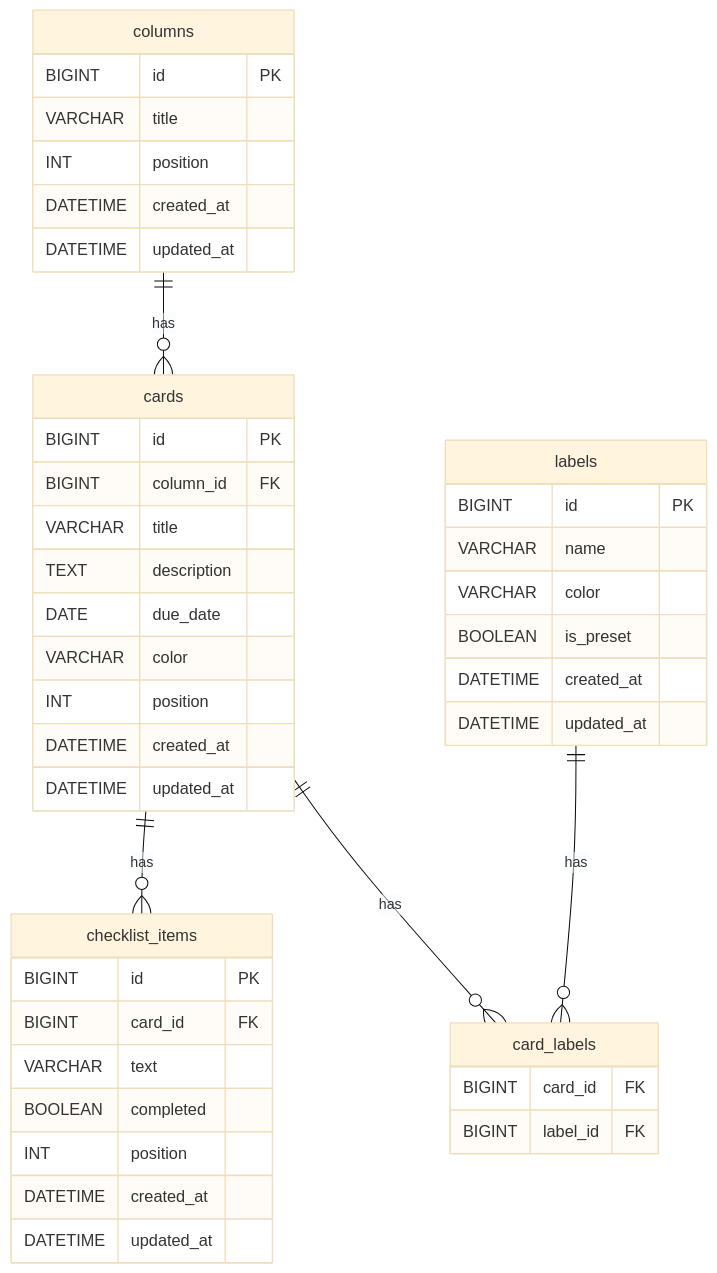
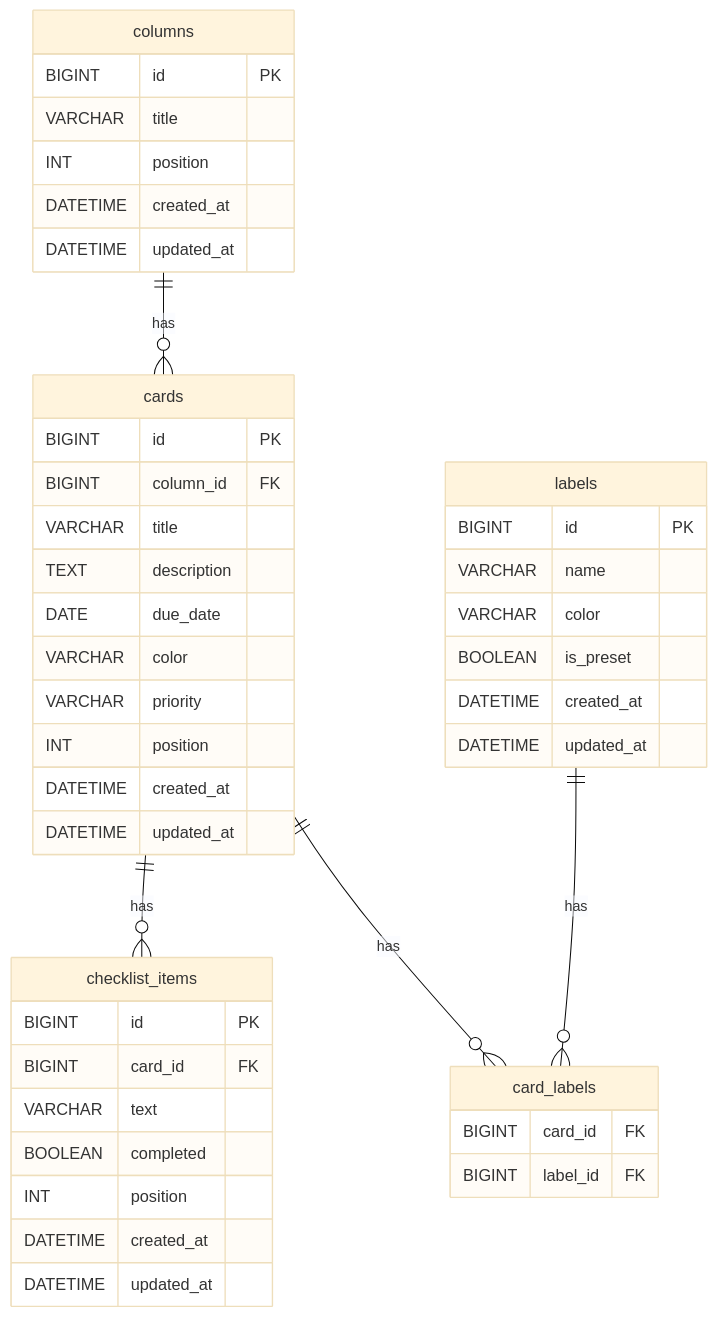
Before and after one commit to tomo-taka108/taskmanagement: the diagram in docs/database-design.md, drawn with Mermaid (base theme). The commit also changed other lines of this file and 3 other files, not shown here.

````diff
--- a/docs/database-design.md
+++ b/docs/database-design.md
@@ -11,51 +12,52 @@
 ```mermaid
 erDiagram
     columns ||--o{ cards : "has"
     cards ||--o{ checklist_items : "has"
     cards ||--o{ card_labels : "has"
     labels ||--o{ card_labels : "has"
 
     columns {
         BIGINT id PK
         VARCHAR title
         INT position
         DATETIME created_at
         DATETIME updated_at
     }
 
     cards {
         BIGINT id PK
         BIGINT column_id FK
         VARCHAR title
         TEXT description
         DATE due_date
         VARCHAR color
+        VARCHAR priority
         INT position
         DATETIME created_at
         DATETIME updated_at
     }
 
     labels {
         BIGINT id PK
         VARCHAR name
         VARCHAR color
         BOOLEAN is_preset
         DATETIME created_at
         DATETIME updated_at
     }
 
     card_labels {
         BIGINT card_id FK
         BIGINT label_id FK
     }
 
     checklist_items {
         BIGINT id PK
         BIGINT card_id FK
         VARCHAR text
         BOOLEAN completed
         INT position
         DATETIME created_at
         DATETIME updated_at
     }
 ```
````
